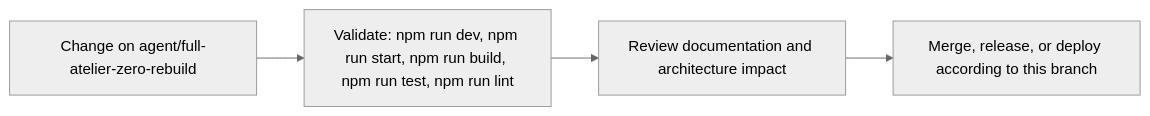
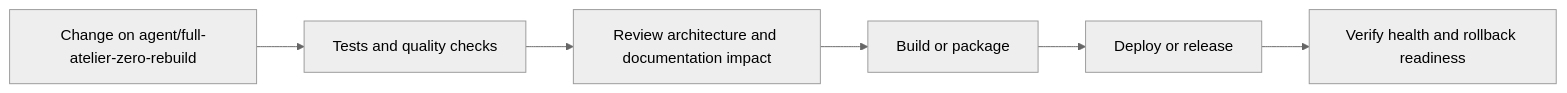
Before and after one commit to Nischhalsubba/BindForge-NW: the fifth of 6 diagrams in README.md, drawn with Mermaid (neutral theme). The commit also changed other lines of this file, not shown here.

````diff
--- a/README.md
+++ b/README.md
@@ -88,8 +185,8 @@
 ```mermaid
 flowchart LR
-    CHANGE["Change on agent/full-atelier-zero-rebuild"]
-    CHECK["Validate: npm run dev, npm run start, npm run build, npm run test, npm run lint"]
-    REVIEW["Review documentation and architecture impact"]
-    RELEASE["Merge, release, or deploy according to this branch"]
-    CHANGE --> CHECK --> REVIEW --> RELEASE
+    CHANGE["Change on agent/full-atelier-zero-rebuild"] --> CHECK["Tests and quality checks"]
+    CHECK --> REVIEW["Review architecture and documentation impact"]
+    REVIEW --> BUILD["Build or package"]
+    BUILD --> DEPLOY["Deploy or release"]
+    DEPLOY --> VERIFY["Verify health and rollback readiness"]
 ```
````
